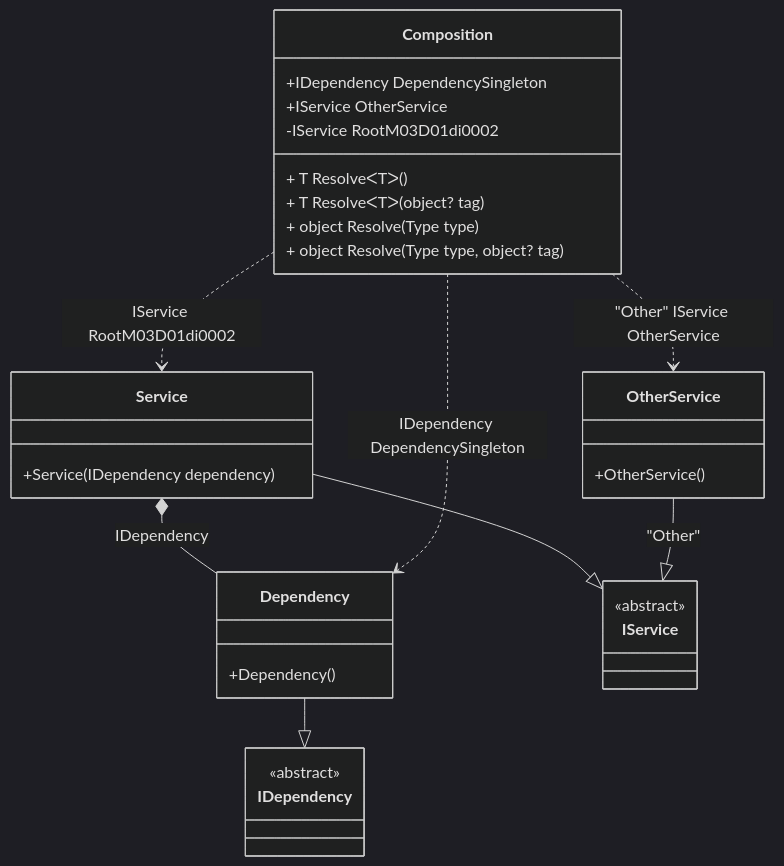
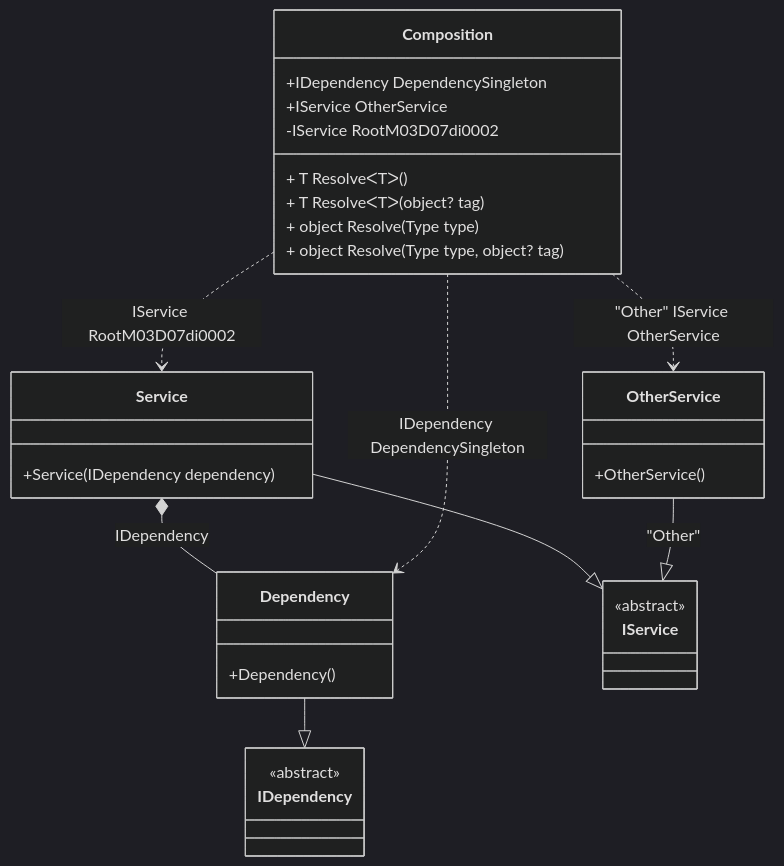
One commit to DevTeam/Pure.DI changed the diagram in readme/resolve-methods.md. Above: the diagram before and after it, drawn with Mermaid (dark theme). The commit also changed other lines of this file and 83 other files, not shown here.

````diff
--- a/readme/resolve-methods.md
+++ b/readme/resolve-methods.md
@@ -45,34 +45,34 @@
 ```mermaid
 classDiagram
   class Composition {
     +IDependency DependencySingleton
     +IService OtherService
-    -IService RootM03D01di0002
+    -IService RootM03D07di0002
     + T ResolveᐸTᐳ()
     + T ResolveᐸTᐳ(object? tag)
     + object Resolve(Type type)
     + object Resolve(Type type, object? tag)
   }
   Dependency --|> IDependency : 
   class Dependency {
     +Dependency()
   }
   Service --|> IService : 
   class Service {
     +Service(IDependency dependency)
   }
   OtherService --|> IService : "Other" 
   class OtherService {
     +OtherService()
   }
   class IDependency {
     <<abstract>>
   }
   class IService {
     <<abstract>>
   }
   Service *--  Dependency : IDependency
   Composition ..> Dependency : IDependency DependencySingleton
-  Composition ..> Service : IService RootM03D01di0002
+  Composition ..> Service : IService RootM03D07di0002
   Composition ..> OtherService : "Other" IService OtherService
 ```
````
